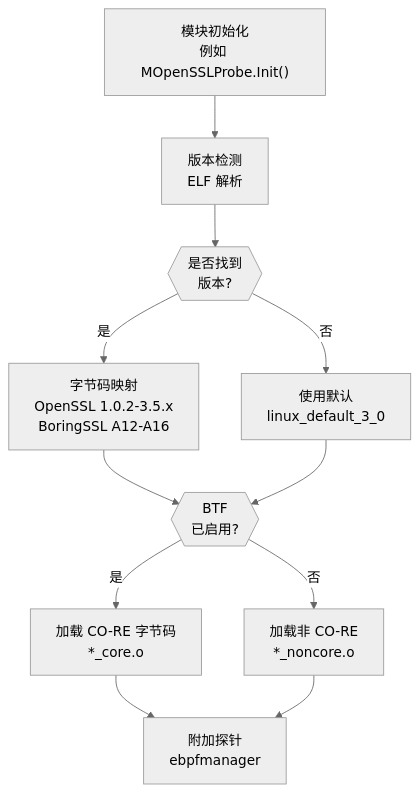
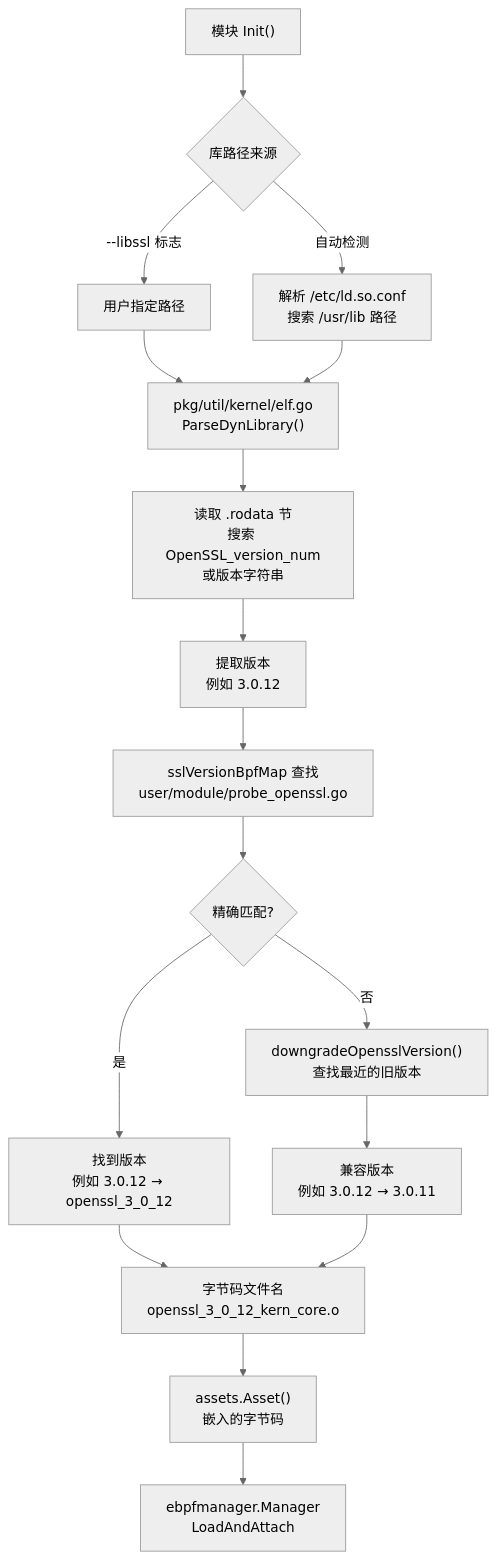
The fifth of 5 diagrams in src/zh/1-overview/index.md (gojue/ecapture.cc), drawn with Mermaid (neutral theme) before and after one commit. The commit also changed other lines of this file and 115 other files, not shown here.

````diff
--- a/src/zh/1-overview/index.md
+++ b/src/zh/1-overview/index.md
@@ -374,23 +333,30 @@
 ```mermaid
-graph TD
-    start["模块初始化<br/>例如 MOpenSSLProbe.Init()"]
-    detect["版本检测<br/>ELF 解析"]
-    check_ver{{"是否找到<br/>版本?"}}
-    map["字节码映射<br/>OpenSSL 1.0.2-3.5.x<br/>BoringSSL A12-A16"]
-    check_btf{{"BTF<br/>已启用?"}}
-    core["加载 CO-RE 字节码<br/>*_core.o"]
-    noncore["加载非 CO-RE<br/>*_noncore.o"]
-    fallback["使用默认<br/>linux_default_3_0"]
-    attach["附加探针<br/>ebpfmanager"]
+flowchart TB
+    Init["模块 Init()"] --> LibPath{库路径来源}
     
-    start --> detect
-    detect --> check_ver
-    check_ver -->|"是"| map
-    check_ver -->|"否"| fallback
-    map --> check_btf
-    fallback --> check_btf
-    check_btf -->|"是"| core
-    check_btf -->|"否"| noncore
-    core --> attach
-    noncore --> attach
+    LibPath -->|--libssl 标志| UserPath["用户指定路径"]
+    LibPath -->|自动检测| LdConf["解析 /etc/ld.so.conf<br/>搜索 /usr/lib 路径"]
+    
+    UserPath --> ElfParse["pkg/util/kernel/elf.go<br/>ParseDynLibrary()"]
+    LdConf --> ElfParse
+    
+    ElfParse --> ReadSection["读取 .rodata 节<br/>搜索 OpenSSL_version_num<br/>或版本字符串"]
+    
+    ReadSection --> VersionString["提取版本<br/>例如 3.0.12"]
+    
+    VersionString --> MapLookup["sslVersionBpfMap 查找<br/>user/module/probe_openssl.go"]
+    
+    MapLookup --> Exact{精确匹配?}
+    
+    Exact -->|是| Found["找到版本<br/>例如 3.0.12 → openssl_3_0_12"]
+    Exact -->|否| Downgrade["downgradeOpensslVersion()<br/>查找最近的旧版本"]
+    
+    Downgrade --> Compatible["兼容版本<br/>例如 3.0.12 → 3.0.11"]
+    
+    Found --> BytecodeFile["字节码文件名<br/>openssl_3_0_12_kern_core.o"]
+    Compatible --> BytecodeFile
+    
+    BytecodeFile --> Asset["assets.Asset()<br/>嵌入的字节码"]
+    
+    Asset --> Manager["ebpfmanager.Manager<br/>LoadAndAttach"]
 ```
````
